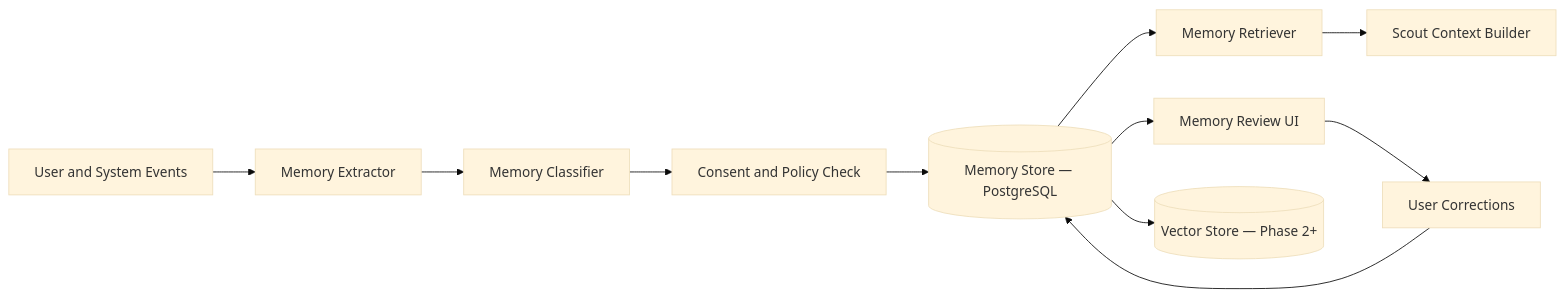
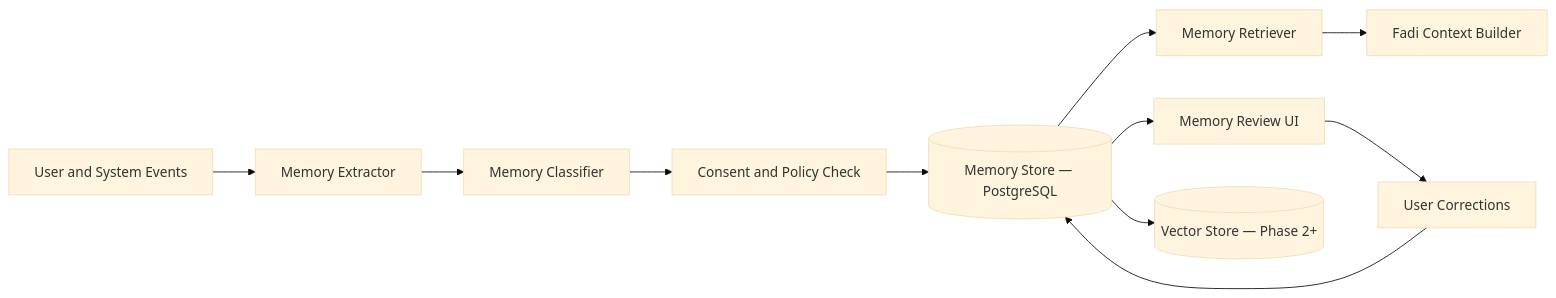
One commit to Mirzzie/Fadi changed the diagram in docs/MEMORY_SYSTEM_ARCHITECTURE.md. Above: the diagram before and after it, drawn with Mermaid (base theme). The commit also changed other lines of this file and 158 other files, not shown here.

First line of the commit message:
refactor!: rename agent Scout→Fadi and brand CareerOS→FadiOS

````diff
--- a/docs/MEMORY_SYSTEM_ARCHITECTURE.md
+++ b/docs/MEMORY_SYSTEM_ARCHITECTURE.md
@@ -19,13 +19,13 @@
 ```mermaid
 flowchart LR
     Events[User and System Events] --> Extractor[Memory Extractor]
     Extractor --> Classifier[Memory Classifier]
     Classifier --> Consent[Consent and Policy Check]
     Consent --> Store[(Memory Store — PostgreSQL)]
     Store --> Retriever[Memory Retriever]
-    Retriever --> Context[Scout Context Builder]
+    Retriever --> Context[Fadi Context Builder]
     Store --> UserUI[Memory Review UI]
     UserUI --> Corrections[User Corrections]
     Corrections --> Store
     Store --> Vector[(Vector Store — Phase 2+)]
 ```
````
